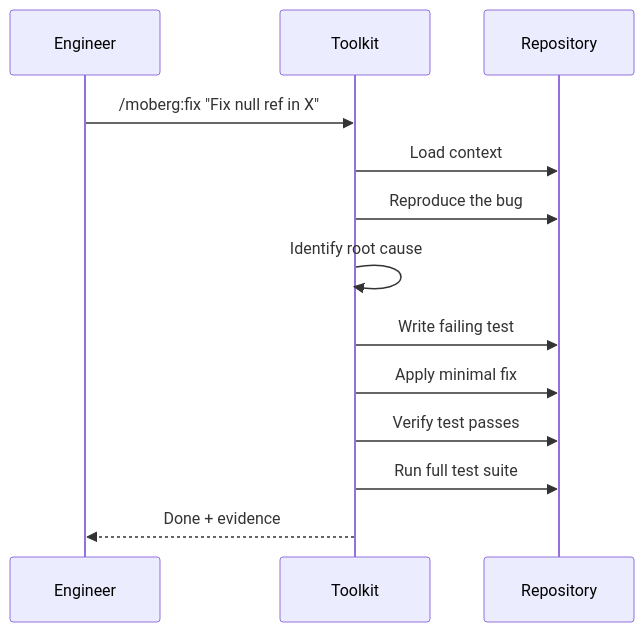
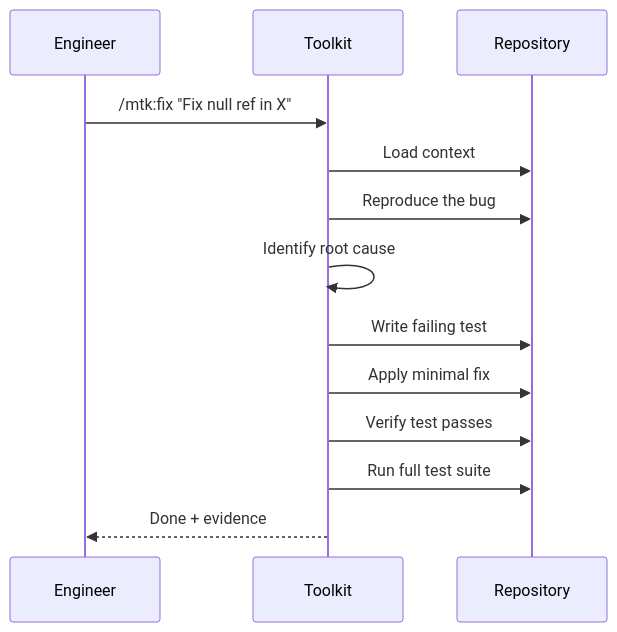
Before and after one commit to moberghr/mtk-agent-toolkit: the sixth of 8 diagrams in README.md, drawn with Mermaid. The commit also changed other lines of this file and 21 other files, not shown here.

````diff
--- a/README.md
+++ b/README.md
@@ -437,16 +437,16 @@
 ```mermaid
 sequenceDiagram
     participant E as Engineer
     participant T as Toolkit
     participant R as Repository
 
-    E->>T: /moberg:fix "Fix null ref in X"
+    E->>T: /mtk:fix "Fix null ref in X"
     T->>R: Load context
     T->>R: Reproduce the bug
     T->>T: Identify root cause
     T->>R: Write failing test
     T->>R: Apply minimal fix
     T->>R: Verify test passes
     T->>R: Run full test suite
     T-->>E: Done + evidence
 ```
````
